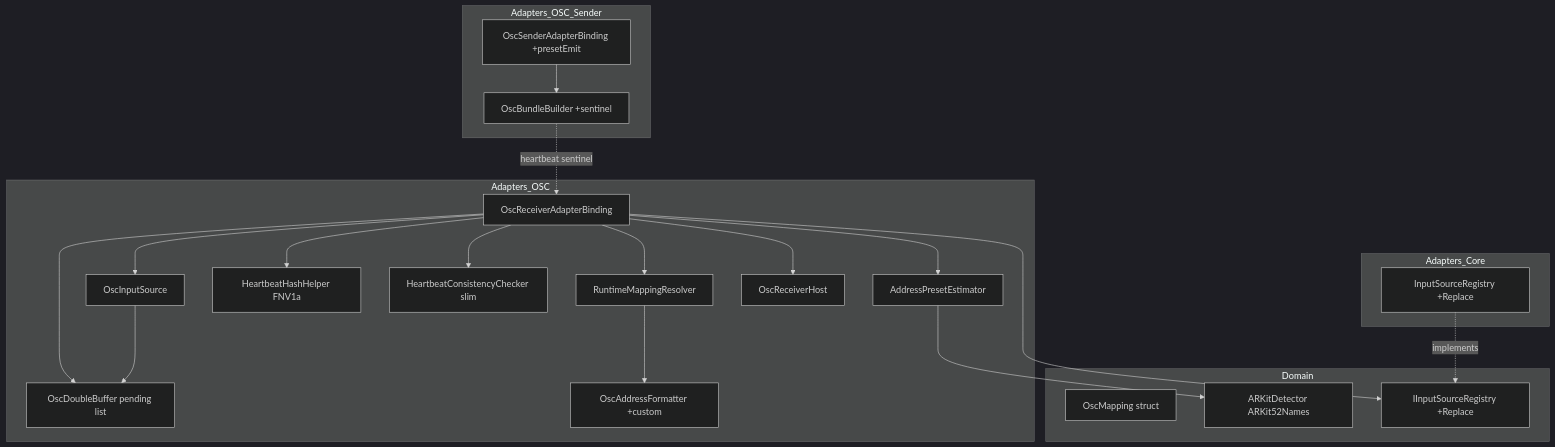
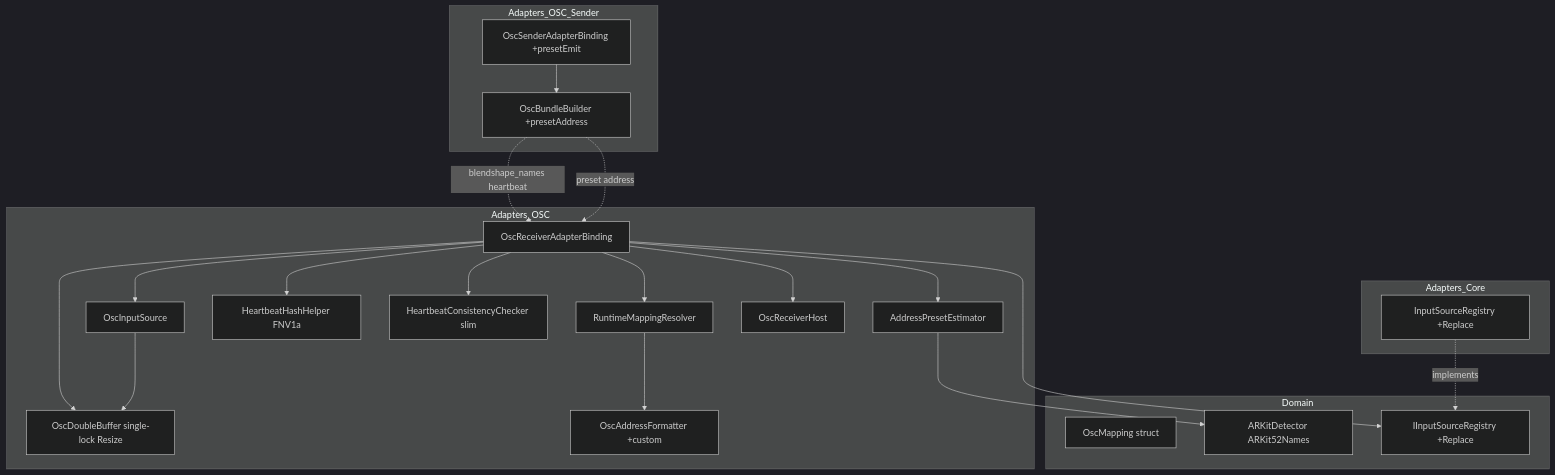
The first of 3 diagrams in .kiro/specs/osc-receiver-auto-mapping/design.md (UNVGI/UnvgiFacialControl), drawn with Mermaid (dark theme) before and after one commit. The commit also changed other lines of this file and 4 other files, not shown here.

````diff
--- a/.kiro/specs/osc-receiver-auto-mapping/design.md
+++ b/.kiro/specs/osc-receiver-auto-mapping/design.md
@@ -96,44 +99,45 @@
 ```mermaid
 graph TB
     subgraph Domain
         OscMapping[OscMapping struct]
         ARKitDetector[ARKitDetector ARKit52Names]
         IRegistry[IInputSourceRegistry +Replace]
     end
 
     subgraph Adapters_OSC
         Binding[OscReceiverAdapterBinding]
         Estimator[AddressPresetEstimator]
         Resolver[RuntimeMappingResolver]
         HashHelper[HeartbeatHashHelper FNV1a]
         Checker[HeartbeatConsistencyChecker slim]
-        DoubleBuffer[OscDoubleBuffer pending list]
+        DoubleBuffer[OscDoubleBuffer single-lock Resize]
         Formatter[OscAddressFormatter +custom]
         InputSource[OscInputSource]
         Host[OscReceiverHost]
     end
 
     subgraph Adapters_OSC_Sender
         Sender[OscSenderAdapterBinding +presetEmit]
-        Builder[OscBundleBuilder +sentinel]
+        Builder[OscBundleBuilder +presetAddress]
     end
 
     subgraph Adapters_Core
         Registry[InputSourceRegistry +Replace]
     end
 
     Binding --> Resolver
     Binding --> Estimator
     Binding --> HashHelper
     Binding --> Checker
     Binding --> DoubleBuffer
     Binding --> Host
     Binding --> InputSource
     Binding --> IRegistry
     Resolver --> Formatter
     Estimator --> ARKitDetector
     InputSource --> DoubleBuffer
     Registry -.implements.-> IRegistry
     Sender --> Builder
-    Builder -.heartbeat sentinel.-> Binding
+    Builder -.blendshape_names heartbeat.-> Binding
+    Builder -.preset address.-> Binding
 ```
````
